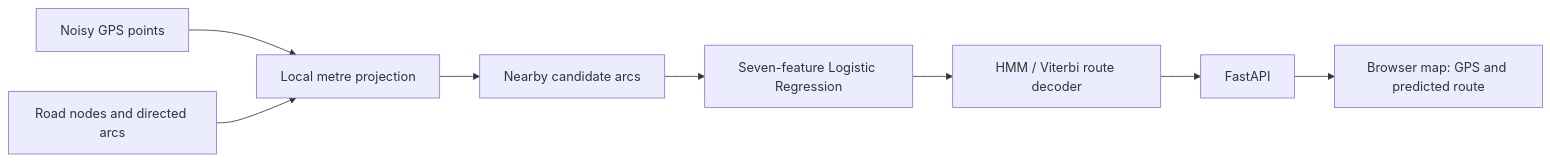
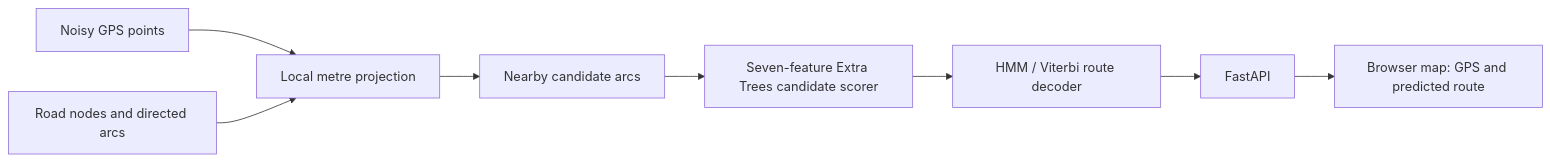
One commit to malepativiswajith/pathsnap-map-matching changed the diagram in docs/TEAM_DEMO_GUIDE.md. Above: the diagram before and after it, drawn with Mermaid. The commit also changed other lines of this file and 23 other files, not shown here.

Commit message:
Select tuned Extra Trees for route decoding

````diff
--- a/docs/TEAM_DEMO_GUIDE.md
+++ b/docs/TEAM_DEMO_GUIDE.md
@@ -15,10 +15,10 @@
 ```mermaid
 flowchart LR
   A[Noisy GPS points] --> B[Local metre projection]
   R[Road nodes and directed arcs] --> B
   B --> C[Nearby candidate arcs]
-  C --> D[Seven-feature Logistic Regression]
+  C --> D[Seven-feature Extra Trees candidate scorer]
   D --> E[HMM / Viterbi route decoder]
   E --> F[FastAPI]
   F --> G[Browser map: GPS and predicted route]
 ```
````
